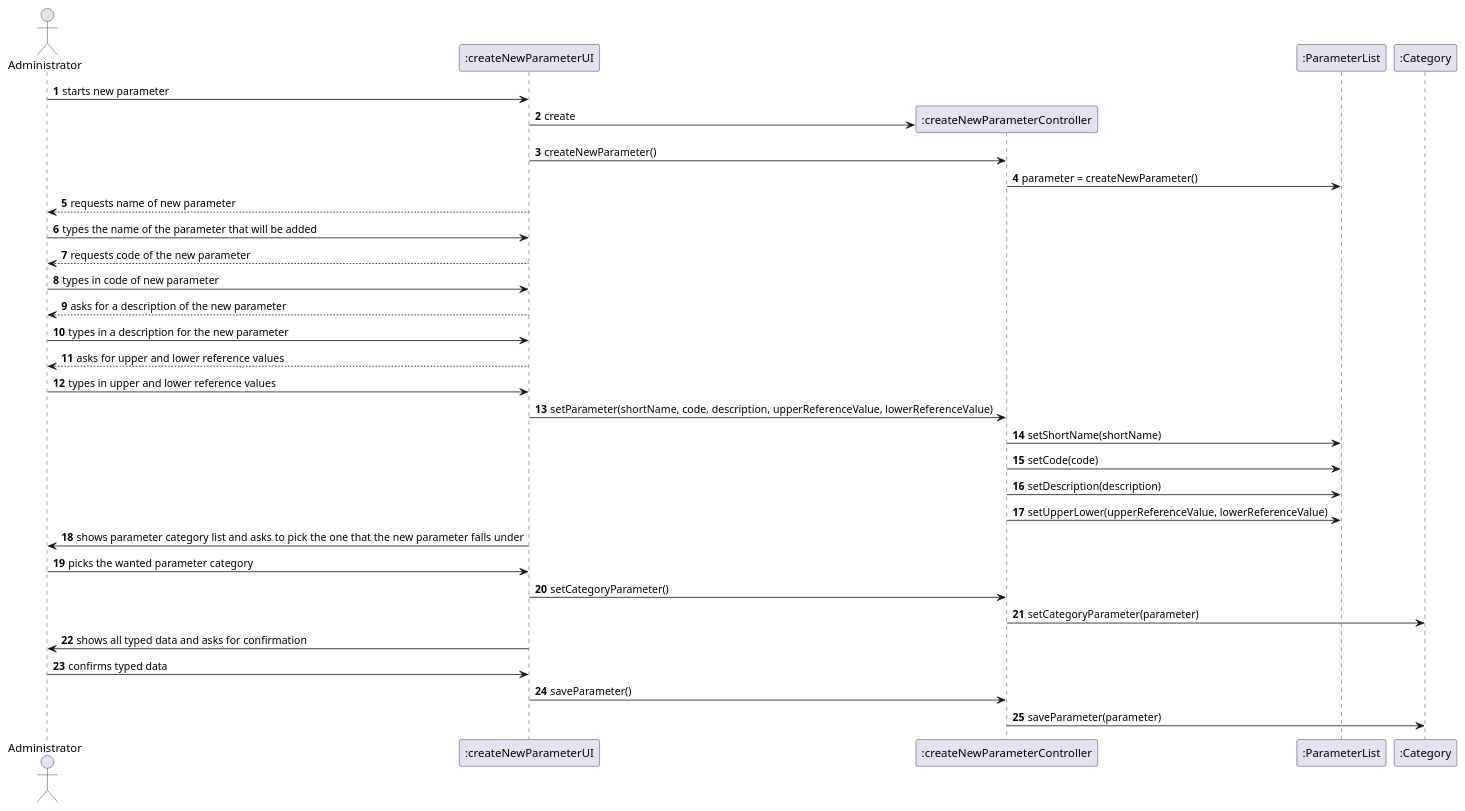
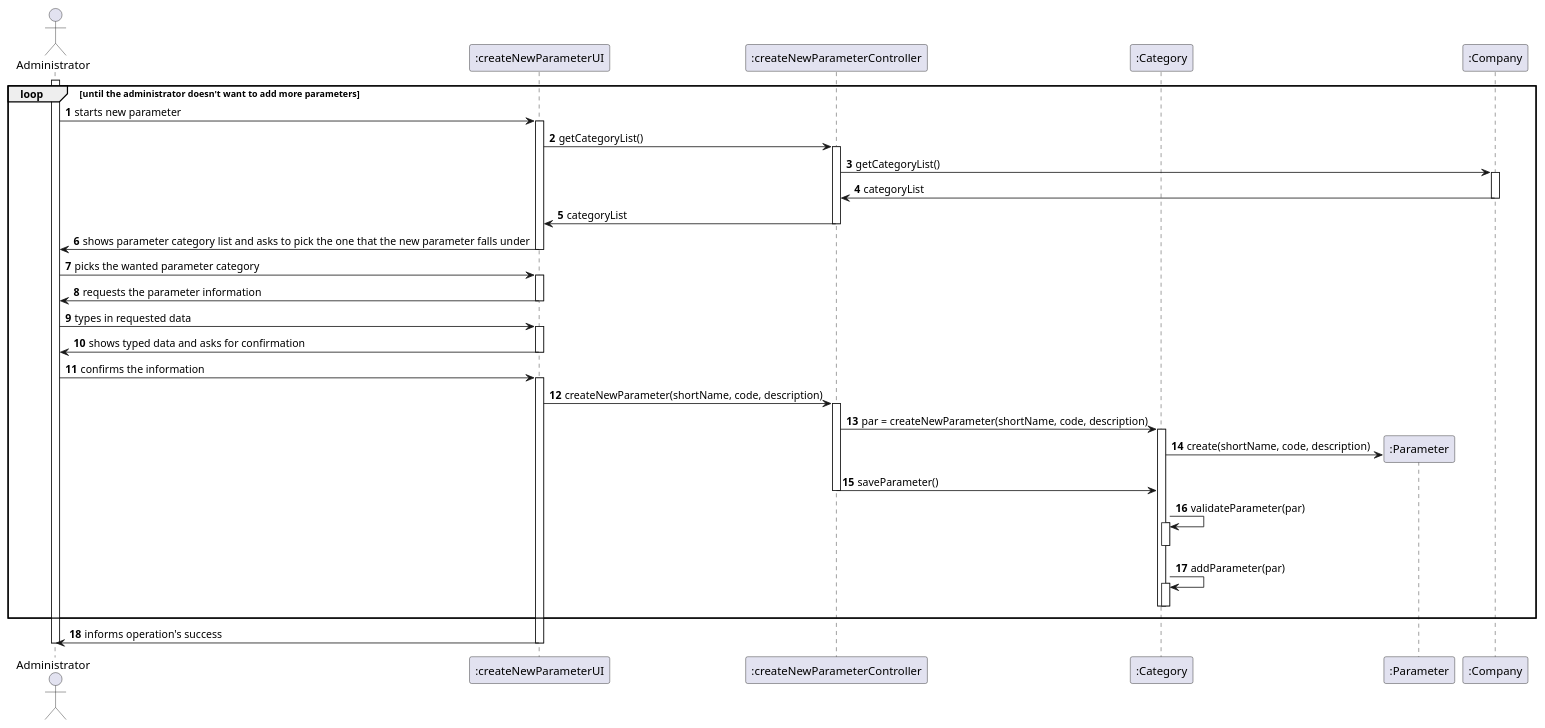
The diagram in docs/SprintB/US10/US10_SD.puml (MadDinosaur/ISEP-LAPR2), drawn with PlantUML before and after one commit. The commit also changed 10 other files, not shown here.

```diff
--- a/docs/SprintB/US10/US10_SD.puml
+++ b/docs/SprintB/US10/US10_SD.puml
@@ -1,39 +1,56 @@
 @startuml
 
 autonumber
 
 actor Administrator as admin
 participant ":createNewParameterUI" as UI
 participant ":createNewParameterController" as Controller
-participant ":ParameterList" as param
 participant ":Category" as cat
+participant ":Parameter" as param
+participant ":Company" as comp
 
+activate admin
+loop until the administrator doesn't want to add more parameters
 admin -> UI: starts new parameter
-create Controller
-UI -> Controller: create
-UI -> Controller: createNewParameter()
-Controller -> param: parameter = createNewParameter()
-UI --> admin: requests name of new parameter
-admin -> UI: types the name of the parameter that will be added
-UI --> admin: requests code of the new parameter
-admin -> UI: types in code of new parameter
-UI --> admin: asks for a description of the new parameter
-admin -> UI: types in a description for the new parameter
-UI --> admin: asks for upper and lower reference values
-admin -> UI: types in upper and lower reference values
-UI -> Controller: setParameter(shortName, code, description, upperReferenceValue, lowerReferenceValue)
-Controller -> param: setShortName(shortName)
-Controller -> param: setCode(code)
-Controller -> param: setDescription(description)
-Controller -> param: setUpperLower(upperReferenceValue, lowerReferenceValue)
+activate UI
+UI -> Controller: getCategoryList()
+activate Controller
+Controller -> comp: getCategoryList()
+activate comp
+comp -> Controller: categoryList
+deactivate comp
+Controller -> UI: categoryList
+deactivate Controller
 UI -> admin: shows parameter category list and asks to pick the one that the new parameter falls under
+deactivate UI
 admin -> UI: picks the wanted parameter category
-UI -> Controller: setCategoryParameter()
-Controller -> cat: setCategoryParameter(parameter)
-UI -> admin: shows all typed data and asks for confirmation
-admin -> UI: confirms typed data
-UI -> Controller: saveParameter()
-Controller -> cat: saveParameter(parameter)
-
+activate UI
+UI -> admin: requests the parameter information
+deactivate UI
+admin -> UI: types in requested data
+activate UI
+UI -> admin: shows typed data and asks for confirmation
+deactivate UI
+admin -> UI: confirms the information
+activate UI
+UI -> Controller: createNewParameter(shortName, code, description)
+activate Controller
+Controller -> cat: par = createNewParameter(shortName, code, description)
+activate cat
+create param
+cat -> param: create(shortName, code, description)
+Controller -> cat: saveParameter()
+deactivate Controller
+cat -> cat: validateParameter(par)
+activate cat
+deactivate cat
+cat -> cat: addParameter(par)
+activate cat
+deactivate cat
+deactivate cat
+end loop
+UI -> admin: informs operation's success
+deactivate UI
+deactivate admin
 
 @enduml
```
